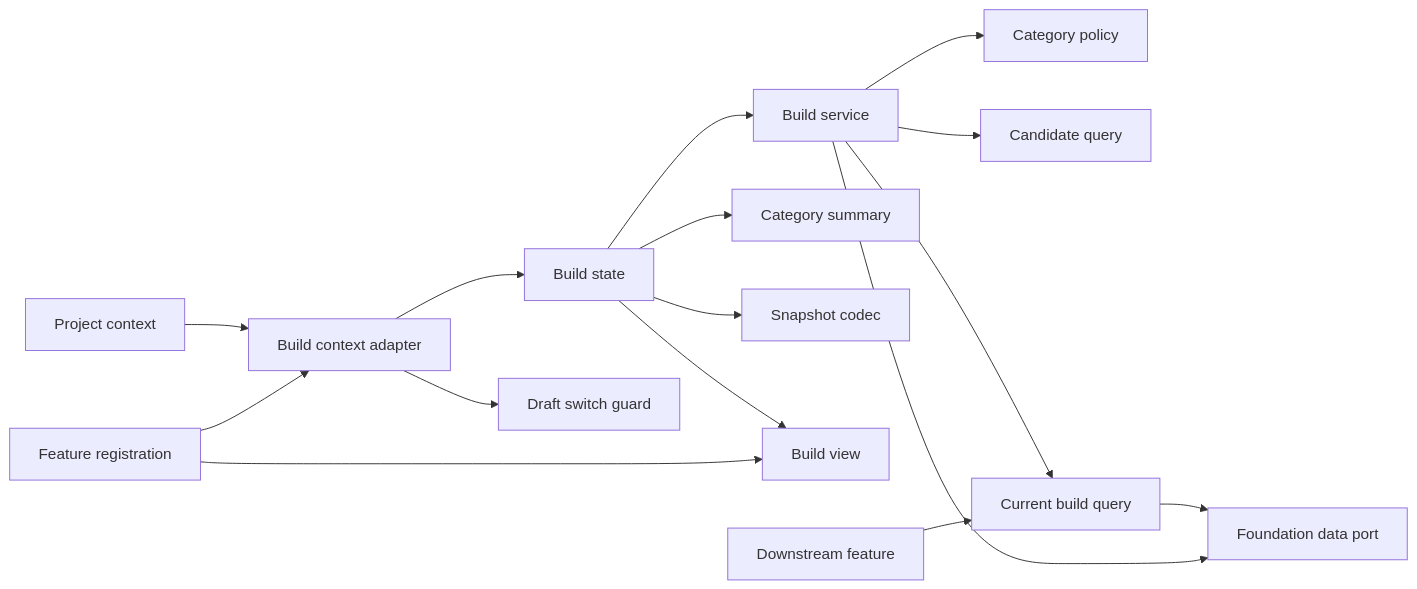
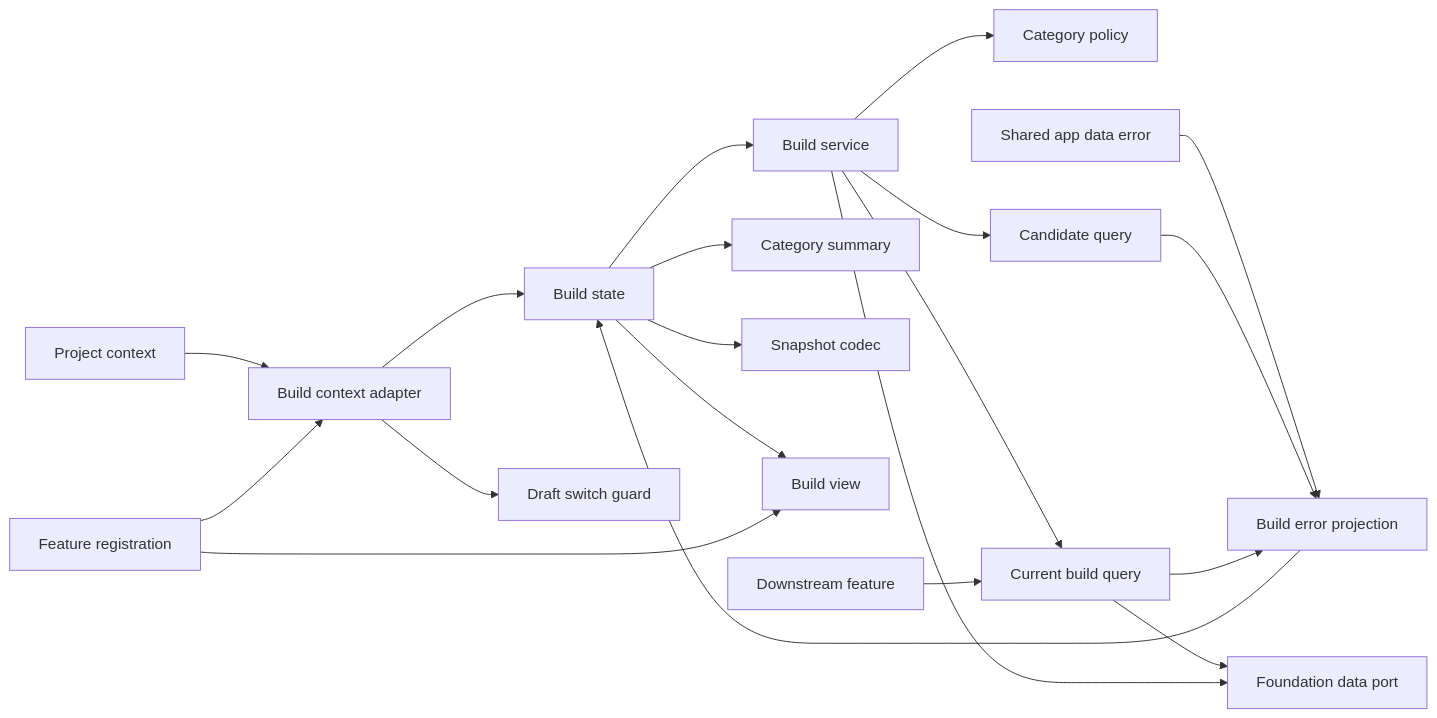
One commit to Huruikagi/pc-build-planner changed the first of 3 diagrams in .kiro/specs/current-build-management/design.md. Above: the diagram before and after it, drawn with Mermaid. The commit also changed other lines of this file and 85 other files, not shown here.

````diff
--- a/.kiro/specs/current-build-management/design.md
+++ b/.kiro/specs/current-build-management/design.md
@@ -67,18 +80,22 @@
 ```mermaid
 graph LR
     Context[Project context] --> Adapter[Build context adapter]
     Adapter --> State[Build state]
     Adapter --> Guard[Draft switch guard]
     State --> Service[Build service]
     State --> Summary[Category summary]
     State --> Snapshot[Snapshot codec]
     Service --> Policy[Category policy]
     Service --> Candidates[Candidate query]
     Service --> Query[Current build query]
+    AppError[Shared app data error] --> ErrorProjection[Build error projection]
+    Candidates --> ErrorProjection
+    Query --> ErrorProjection
+    ErrorProjection --> State
     Query --> Data[Foundation data port]
     Service --> Data
     State --> View[Build view]
     Registration[Feature registration] --> Adapter
     Registration --> View
     Downstream[Downstream feature] --> Query
 ```
````
